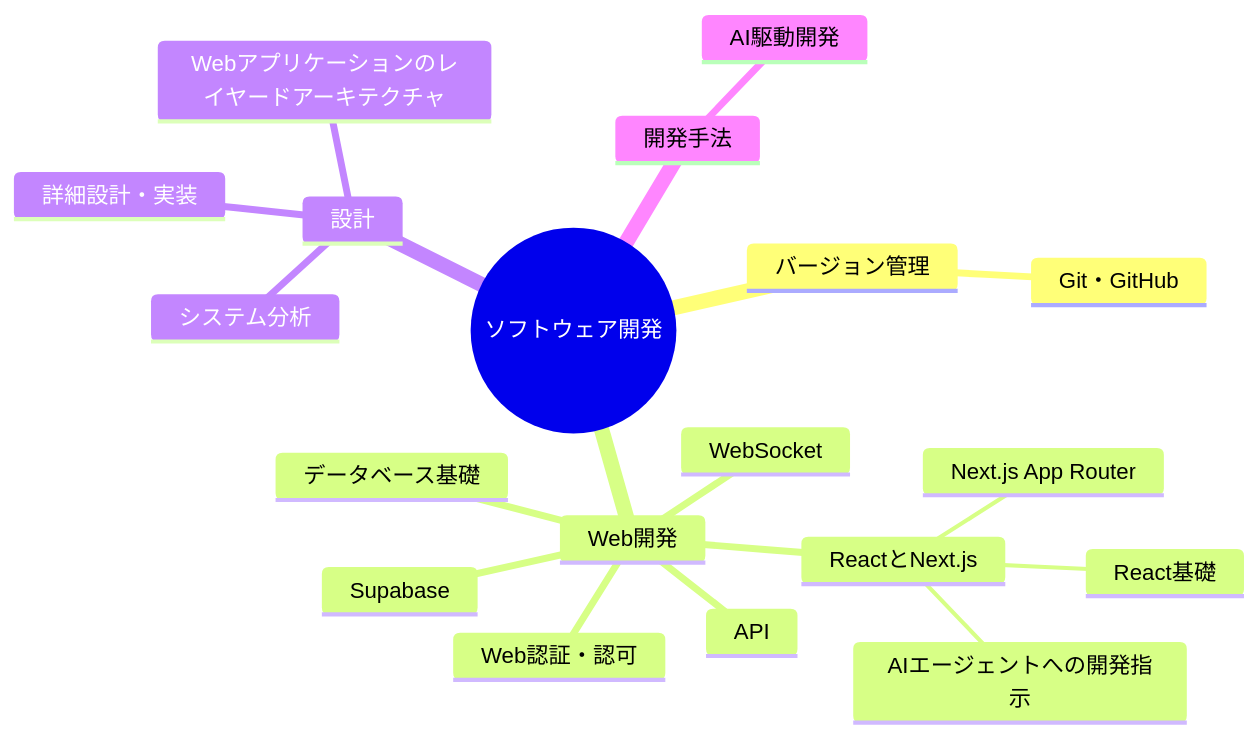
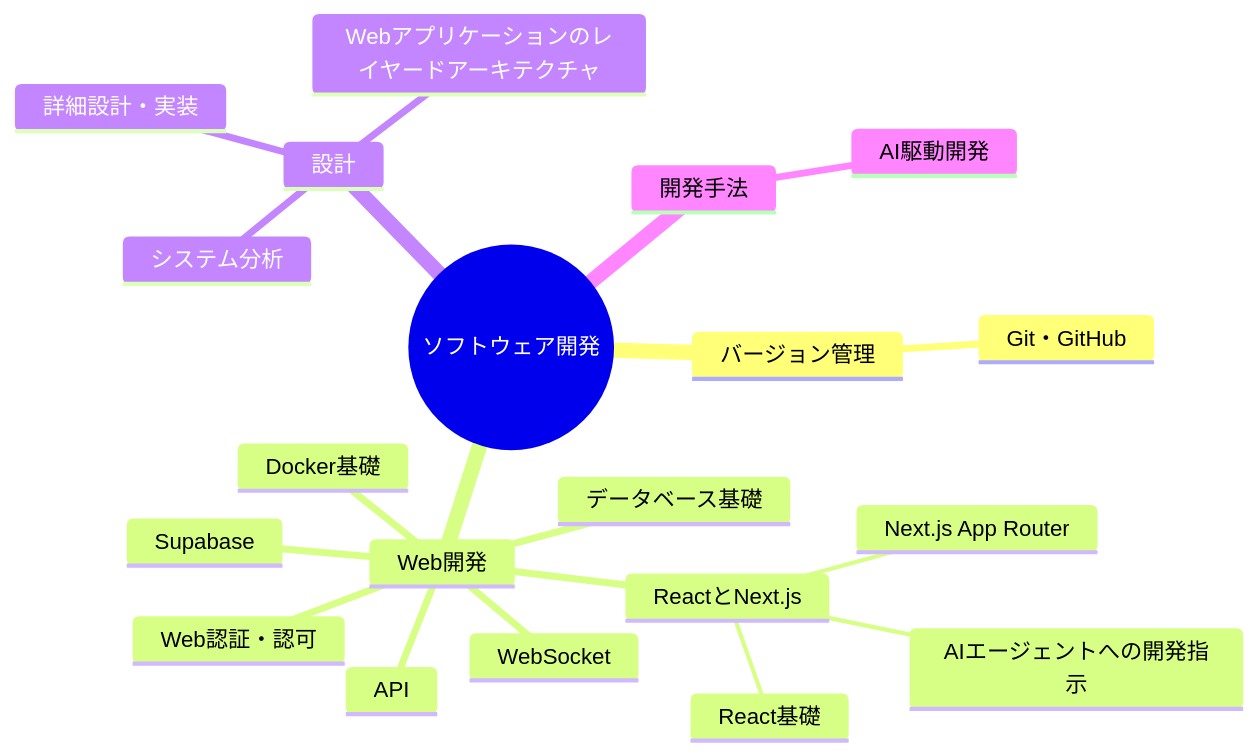
Before and after one commit to 97kuek/obsidian-vault: the diagram in 20_Areas/ソフトウェア開発/【MOC】ソフトウェア開発.md, drawn with Mermaid. The commit also changed other lines of this file and 12 other files, not shown here.

````diff
--- a/20_Areas/ソフトウェア開発/【MOC】ソフトウェア開発.md
+++ b/20_Areas/ソフトウェア開発/【MOC】ソフトウェア開発.md
@@ -16,22 +16,23 @@
 ```mermaid
 mindmap
   root(("ソフトウェア開発"))
     バージョン管理
       Git・GitHub
     Web開発
       ReactとNext.js
         React基礎
         Next.js App Router
         AIエージェントへの開発指示
       API
       データベース基礎
       WebSocket
+      Docker基礎
       Supabase
       Web認証・認可
     設計
       システム分析
       詳細設計・実装
       Webアプリケーションのレイヤードアーキテクチャ
     開発手法
       AI駆動開発
 ```
````
